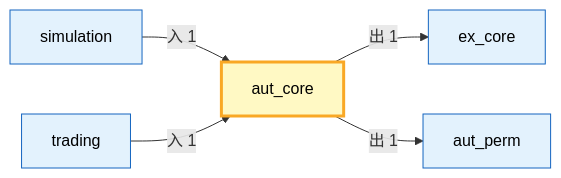
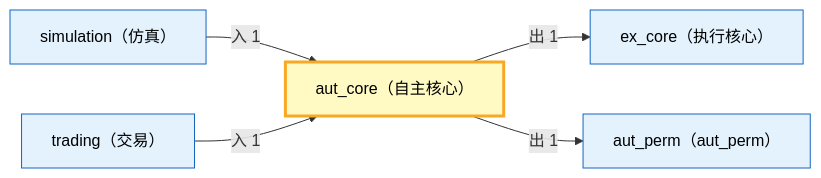
Before and after one commit to xuanFelixVan/ZephyrAlpha: the second of 2 diagrams in docs/02_enterprise_architecture/06_decision_architecture/13_decision_l3_aut_core.md, drawn with Mermaid. The commit also changed other lines of this file and 22 other files, not shown here.

First line of the commit message:
docs(decision_arch): 双语标题+跨域图+索引表头跳转链接

````diff
--- a/docs/02_enterprise_architecture/06_decision_architecture/13_decision_l3_aut_core.md
+++ b/docs/02_enterprise_architecture/06_decision_architecture/13_decision_l3_aut_core.md
@@ -127,15 +127,15 @@
 ```mermaid
 flowchart LR
-    SELF["aut_core"]:::selfDomain
-    EXT_ex_core["ex_core"]:::extDomain
+    SELF["aut_core（自主核心）"]:::selfDomain
+    EXT_ex_core["ex_core（执行核心）"]:::extDomain
     SELF -->|出 1| EXT_ex_core
-    EXT_aut_perm["aut_perm"]:::extDomain
+    EXT_aut_perm["aut_perm（aut_perm）"]:::extDomain
     SELF -->|出 1| EXT_aut_perm
-    EXT_simulation["simulation"]:::extDomain
+    EXT_simulation["simulation（仿真）"]:::extDomain
     EXT_simulation -->|入 1| SELF
-    EXT_trading["trading"]:::extDomain
+    EXT_trading["trading（交易）"]:::extDomain
     EXT_trading -->|入 1| SELF
 
     classDef selfDomain fill:#fff9c4,stroke:#f9a825,stroke-width:3px,color:#000
     classDef extDomain fill:#e3f2fd,stroke:#1565c0,stroke-width:1px,color:#000
 ```
````
